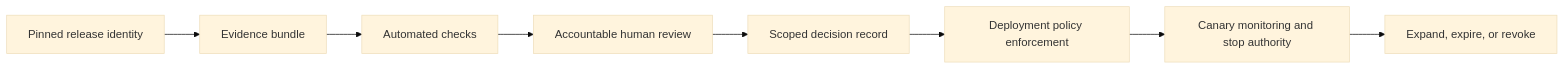
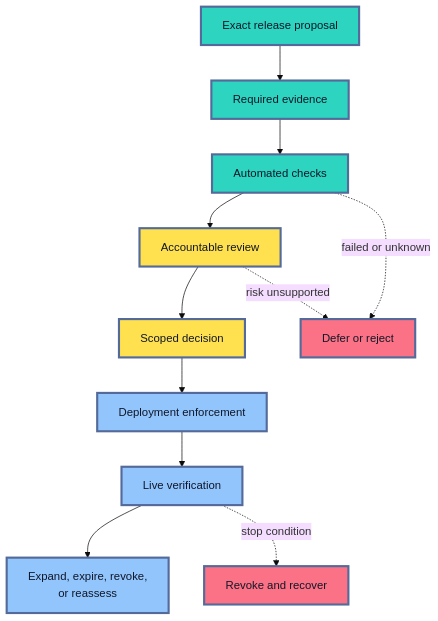
One commit to senlinyy/dev-roadmaps changed the first of 2 diagrams in roadmaps/mlops/modules/model-evaluation/release-decisions/02-approval-gates-before-deployment.md. Above: the diagram before and after it, drawn with Mermaid (base theme). The commit also changed other lines of this file and 198 other files, not shown here.

````diff
--- a/roadmaps/mlops/modules/model-evaluation/release-decisions/02-approval-gates-before-deployment.md
+++ b/roadmaps/mlops/modules/model-evaluation/release-decisions/02-approval-gates-before-deployment.md
@@ -29,10 +42,23 @@
 ```mermaid
-flowchart LR
-    I["Pinned release identity"] --> E["Evidence bundle"]
+flowchart TD
+    P["Exact release proposal"] --> E["Required evidence"]
     E --> A["Automated checks"]
-    A --> H["Accountable human review"]
-    H --> D["Scoped decision record"]
-    D --> P["Deployment policy enforcement"]
-    P --> M["Canary monitoring and stop authority"]
-    M --> R["Expand, expire, or revoke"]
+    A --> H["Accountable review"]
+    H --> D["Scoped decision"]
+    D --> F["Deployment enforcement"]
+    F --> V["Live verification"]
+    V --> X["Expand, expire, revoke,<br/>or reassess"]
+
+    A -. "failed or unknown" .-> Q["Defer or reject"]
+    H -. "risk unsupported" .-> Q
+    V -. "stop condition" .-> R["Revoke and recover"]
+
+    classDef evidence fill:#2DD4BF,stroke:#536A9A,stroke-width:3px,color:#0F172A
+    classDef decision fill:#FFE04F,stroke:#536A9A,stroke-width:3px,color:#111827
+    classDef operation fill:#93C5FD,stroke:#536A9A,stroke-width:3px,color:#0F172A
+    classDef hold fill:#FB7185,stroke:#536A9A,stroke-width:3px,color:#111827
+    class P,E,A evidence
+    class H,D decision
+    class F,V,X operation
+    class Q,R hold
 ```
````
